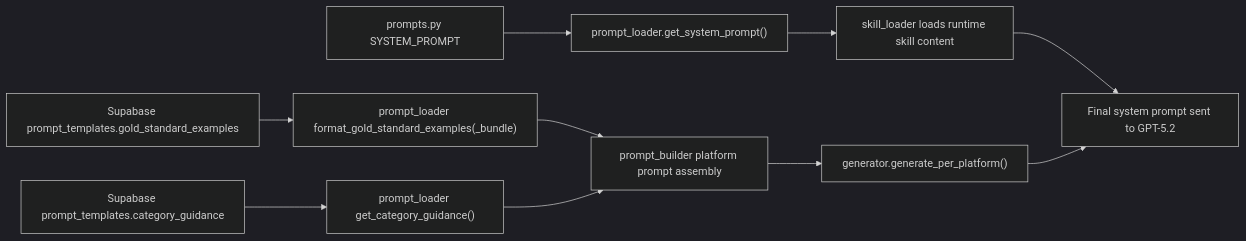
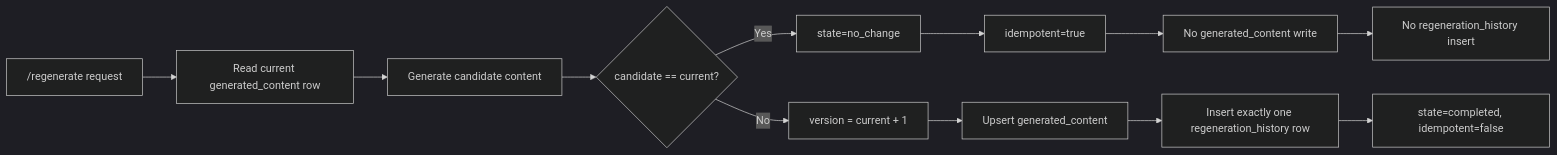
The third of 4 diagrams in docs/architecture/2026-02-26-prompt-source-and-generation-flow.md (bobby-andris/Allied-FeedOps), drawn with Mermaid (dark theme) before and after one commit. The commit also changed other lines of this file and 1 other file, not shown here.

Commit message:
fix(ci): unblock cloud run deploy by syncing prometheus runtime dep (#20)

````diff
--- a/docs/architecture/2026-02-26-prompt-source-and-generation-flow.md
+++ b/docs/architecture/2026-02-26-prompt-source-and-generation-flow.md
@@ -54,12 +59,15 @@
 ```mermaid
 flowchart LR
-  A["prompts.py SYSTEM_PROMPT"] --> B["prompt_loader.get_system_prompt()"]
-  B --> C["skill_loader loads runtime skill content"]
-  C --> D["Final system prompt sent to GPT-5.2"]
-  E["Supabase prompt_templates.gold_standard_examples"] --> F["prompt_loader format_gold_standard_examples(_bundle)"]
-  G["Supabase prompt_templates.category_guidance"] --> H["prompt_loader get_category_guidance()"]
-  F --> I["prompt_builder platform prompt assembly"]
-  H --> I
-  I --> J["generator.generate_per_platform()"]
-  J --> D
+  A["/regenerate request"] --> B["Read current generated_content row"]
+  B --> C["Generate candidate content"]
+  C --> D{"candidate == current?"}
+  D -->|"Yes"| E["state=no_change"]
+  E --> F["idempotent=true"]
+  F --> G["No generated_content write"]
+  G --> H["No regeneration_history insert"]
+
+  D -->|"No"| I["version = current + 1"]
+  I --> J["Upsert generated_content"]
+  J --> K["Insert exactly one regeneration_history row"]
+  K --> L["state=completed, idempotent=false"]
 ```
````
